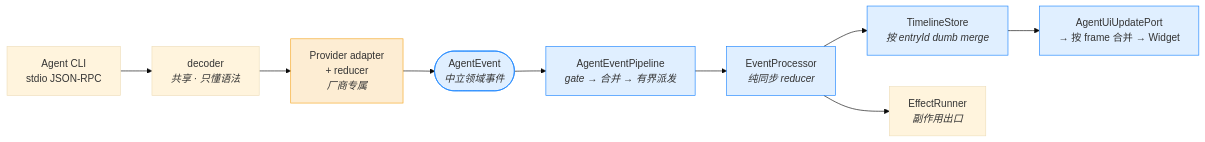
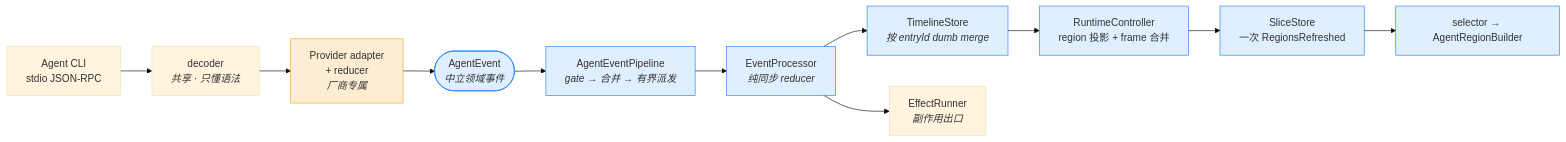
One commit to linpeilie/zeta changed the second of 6 diagrams in docs/zh/architecture/overview.md. Above: the diagram before and after it, drawn with Mermaid (base theme). The commit also changed other lines of this file and 12 other files, not shown here.

Commit message:
docs(agent): 同步会话切片两跳链路与 RuntimeController 归属

````diff
--- a/docs/zh/architecture/overview.md
+++ b/docs/zh/architecture/overview.md
@@ -55,16 +55,18 @@
 ```mermaid
 flowchart LR
     cli["Agent CLI<br/>stdio JSON-RPC"] --> dec["decoder<br/><i>共享 · 只懂语法</i>"]
     dec --> ad["Provider adapter<br/>+ reducer<br/><i>厂商专属</i>"]
     ad --> ev(["AgentEvent<br/><i>中立领域事件</i>"])
     ev --> pipe["AgentEventPipeline<br/><i>gate → 合并 → 有界派发</i>"]
     pipe --> proc["EventProcessor<br/><i>纯同步 reducer</i>"]
     proc --> store["TimelineStore<br/><i>按 entryId dumb merge</i>"]
     proc --> eff["EffectRunner<br/><i>副作用出口</i>"]
-    store --> ui["AgentUiUpdatePort<br/>→ 按 frame 合并 → Widget"]
+    store --> runtime["RuntimeController<br/>region 投影 + frame 合并"]
+    runtime --> slice["SliceStore<br/>一次 RegionsRefreshed"]
+    slice --> ui["selector → AgentRegionBuilder"]
 
     classDef vendor fill:#F5A62333,stroke:#F5A623
     classDef neutral fill:#1B84FF22,stroke:#1B84FF
     class ad vendor
-    class ev,pipe,proc,store,ui neutral
+    class ev,pipe,proc,store,runtime,slice,ui neutral
 ```
````
